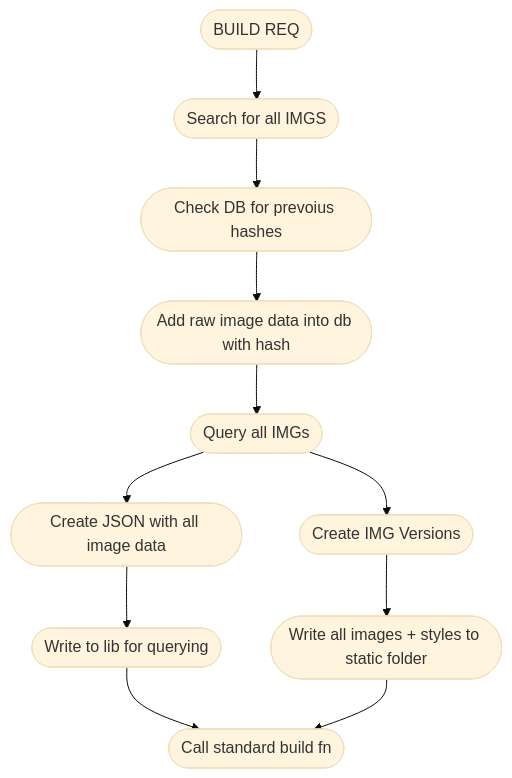
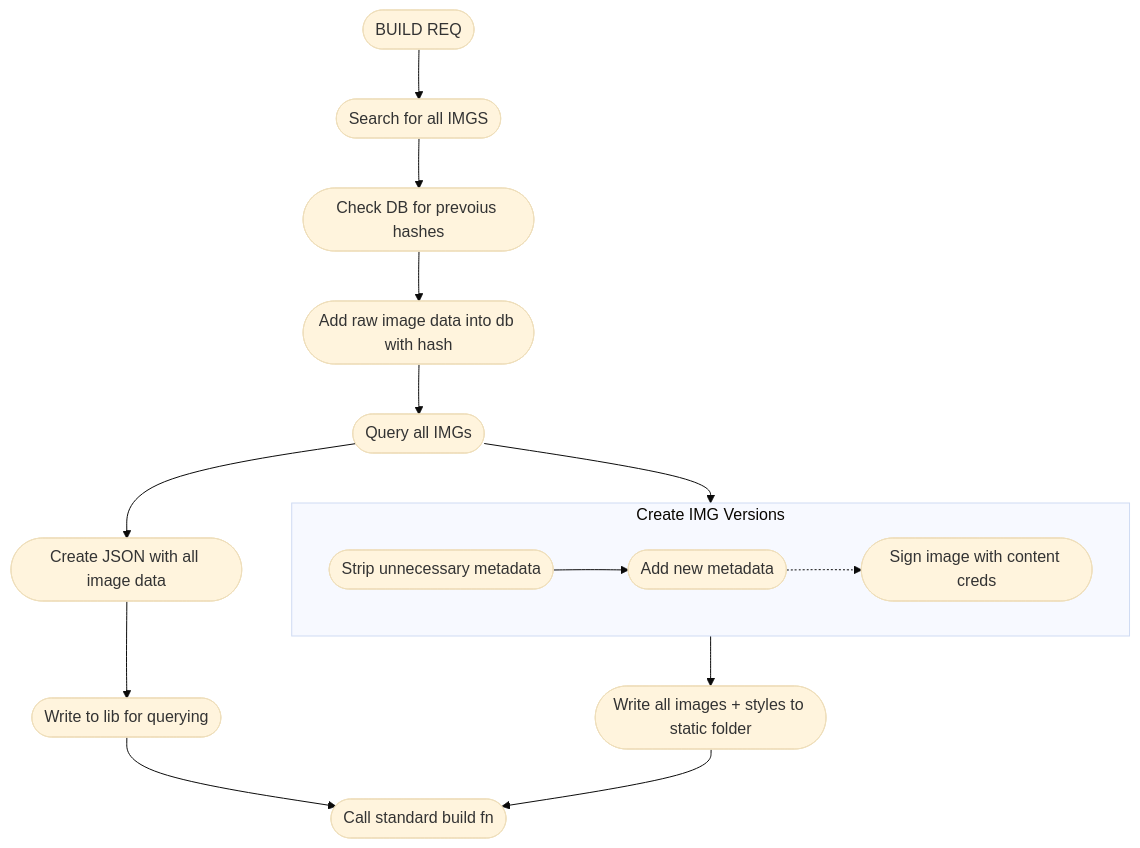
Before and after one commit to andersonproductions/andersonproductions.github.io: the diagram in public/assets/README.md, drawn with Mermaid (base theme).

Commit message:
update diagram

````diff
--- a/public/assets/README.md
+++ b/public/assets/README.md
@@ -4,20 +4,19 @@
 ```mermaid
 flowchart TD
-A(["BUILD REQ"])
-C(["Check DB for prevoius hashes"])
-B(["Search for all IMGS"])
-D(["Add raw image data into db with hash"])
-E(["Query all IMGs"])
-F(["Create IMG Versions"])
-G(["Write all images + styles to static folder"])
-H(["Create JSON with all image data"])
-I(["Write to lib for querying"])
-J(["Call standard build fn"])
-    A --> B
-    B --> C
-    C --> D
-    D --> E --> F --> G
-
-E --> H --> I
-I & G --> J
+ subgraph s1["Create IMG Versions"]
+        F(["Strip unnecessary metadata"])
+        K(["Add new metadata"])
+        L(["Sign image with content creds"])
+        F --> K
+        K -.-> L
+  end
+    A(["BUILD REQ"]) --> B(["Search for all IMGS"])
+    B --> C(["Check DB for prevoius hashes"])
+    C --> D(["Add raw image data into db with hash"])
+    D --> E(["Query all IMGs"])
+    E --> s1 & H(["Create JSON with all image data"])
+    s1 --> G(["Write all images + styles to static folder"])
+    H --> I(["Write to lib for querying"])
+    I --> J(["Call standard build fn"])
+    G --> J
 ```
````
